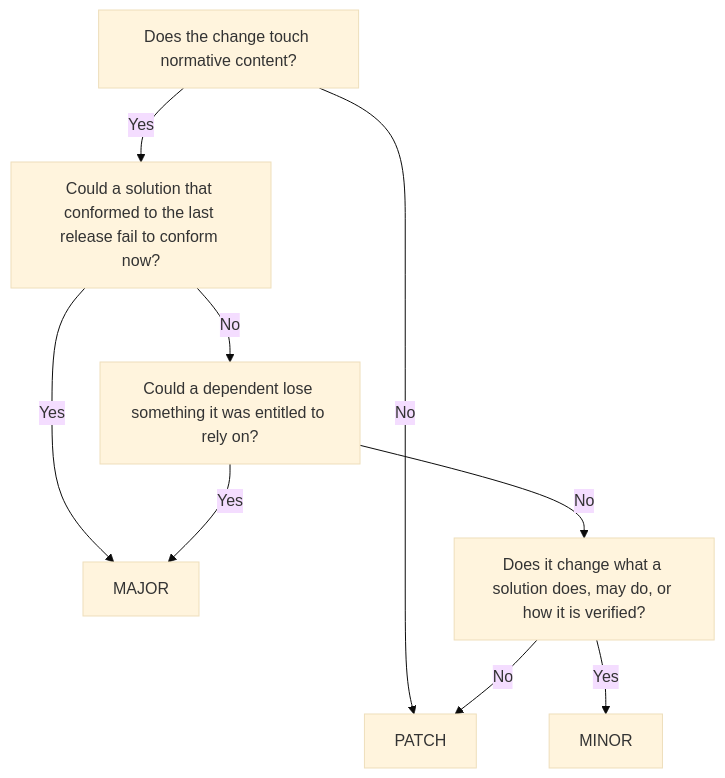
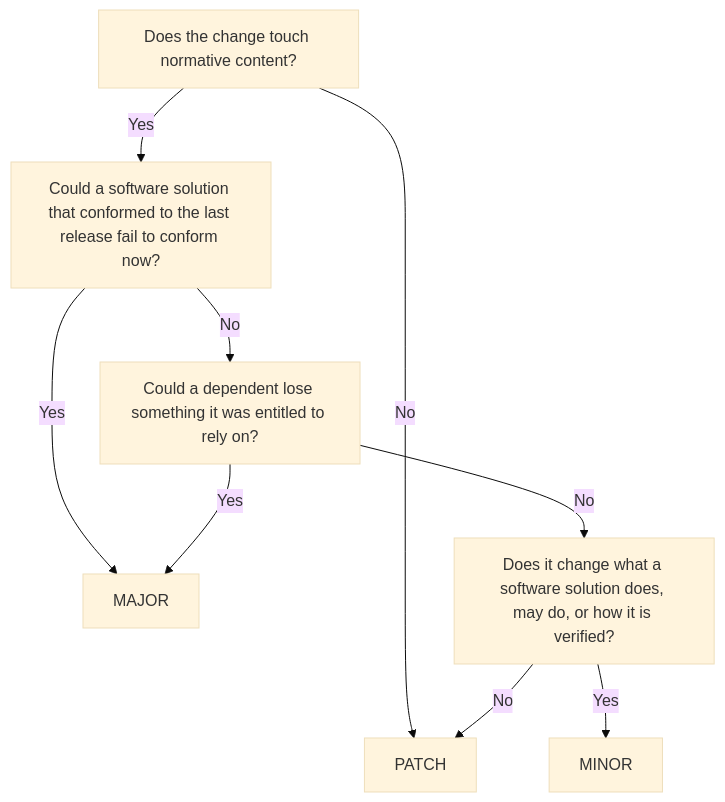
One commit to GovStackWorkingGroup/specification-framework changed the diagram in chapters/versioning_and_change_documentation.md. Above: the diagram before and after it, drawn with Mermaid (base theme). The commit also changed other lines of this file and 9 other files, not shown here.

First line of the commit message:
Use "software solution" instead of "solution"

````diff
--- a/chapters/versioning_and_change_documentation.md
+++ b/chapters/versioning_and_change_documentation.md
@@ -57,11 +57,11 @@
 ```mermaid
 flowchart TD
   A[Does the change touch normative content?] -- No --> P[PATCH]
-  A -- Yes --> B[Could a solution that conformed to the last release fail to conform now?]
+  A -- Yes --> B[Could a software solution that conformed to the last release fail to conform now?]
   B -- Yes --> M[MAJOR]
   B -- No --> C[Could a dependent lose something it was entitled to rely on?]
   C -- Yes --> M
-  C -- No --> D[Does it change what a solution does, may do, or how it is verified?]
+  C -- No --> D[Does it change what a software solution does, may do, or how it is verified?]
   D -- Yes --> N[MINOR]
   D -- No --> P
 ```
````
